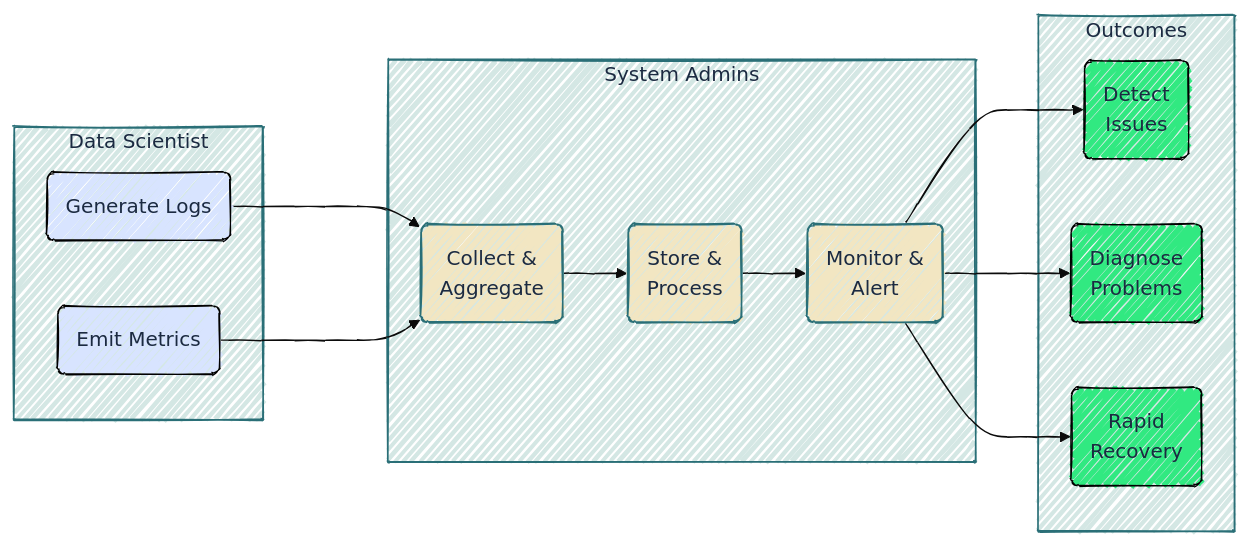
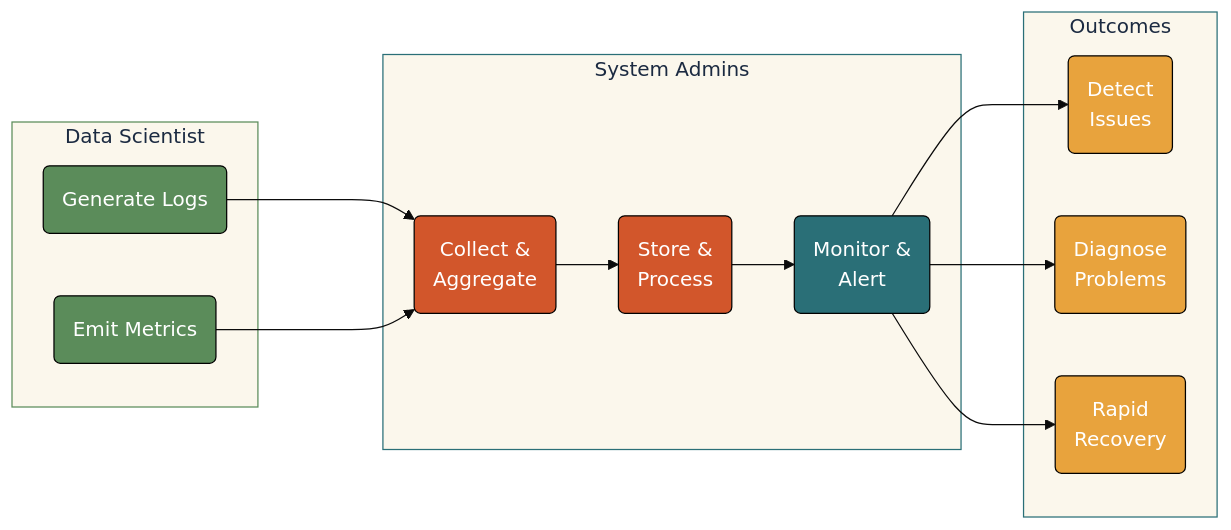
The fourth of 4 diagrams in lab04.qmd (mjfrigaard/do4ds-labs), drawn with Mermaid before and after one commit. The commit also changed other lines of this file and 48 other files, not shown here.

````diff
--- a/lab04.qmd
+++ b/lab04.qmd
@@ -344,43 +372,45 @@
 ```{mermaid}
 %%| fig-width: 8.0
-%%| fig-align: center
-%%{init: {'theme': 'base', 'look': 'handDrawn', 'themeVariables': {'fontFamily': 'monospace'}}}%%
+%%| fig-align: 'center'
+%%{init: {'theme': 'base', 'themeVariables': {'fontFamily': 'monospace'}}}%%
 
 graph LR
     subgraph DatSci["Data Scientist"]
         A("Generate Logs")
         B("Emit Metrics")
     end
     
     subgraph SysAdmin["System Admins"]
         C("Collect &<br>Aggregate")
         D("Store &<br>Process")
         E("Monitor &<br>Alert")
     end
     
     subgraph Out["Outcomes"]
         F("Detect<br>Issues")
         G("Diagnose<br>Problems")
         H("Rapid<br>Recovery")
     end
     
     A ---> C
     B ---> C
     C --> D
     D --> E
     E --> F & G & H
 
     
     
-    classDef ds fill:#d8e4ff,stroke:#000,stroke-width:1px
-    class A,B ds
-    
-    classDef outcome fill:#31e981,stroke:#000,stroke-width:1px
-    class F,G,H outcome
-    classDef default fill:#F2E6C2,stroke:#2A6F77,color:#1B2A41
-    style DatSci fill:#d4e7e4,stroke:#2A6F77,color:#1B2A41
-    style SysAdmin fill:#d4e7e4,stroke:#2A6F77,color:#1B2A41
-    style Out fill:#d4e7e4,stroke:#2A6F77,color:#1B2A41
+    style A fill:#5B8C5A,stroke:#000000,stroke-width:1px,color:#ffffff
+    style B fill:#5B8C5A,stroke:#000000,stroke-width:1px,color:#ffffff
+    style C fill:#D2562B,stroke:#000000,stroke-width:1px,color:#ffffff
+    style D fill:#D2562B,stroke:#000000,stroke-width:1px,color:#ffffff
+    style E fill:#2A6F77,stroke:#000000,stroke-width:1px,color:#ffffff
+    style F fill:#E8A33D,stroke:#000000,stroke-width:1px,color:#ffffff
+    style G fill:#E8A33D,stroke:#000000,stroke-width:1px,color:#ffffff
+    style H fill:#E8A33D,stroke:#000000,stroke-width:1px,color:#ffffff
+    style DatSci fill:#fbf7ec,stroke:#5B8C5A,color:#1B2A41
+    style SysAdmin fill:#fbf7ec,stroke:#2A6F77,color:#1B2A41
+    style Out fill:#fbf7ec,stroke:#2A6F77,color:#1B2A41
     
     
 ```
````
